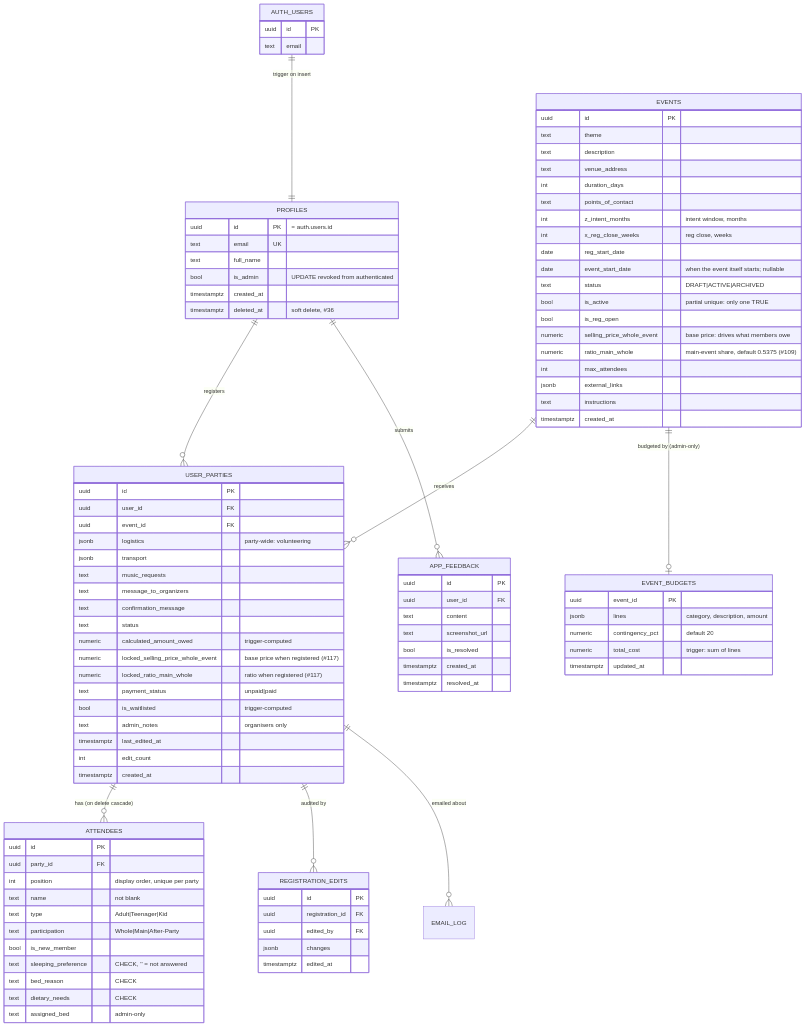
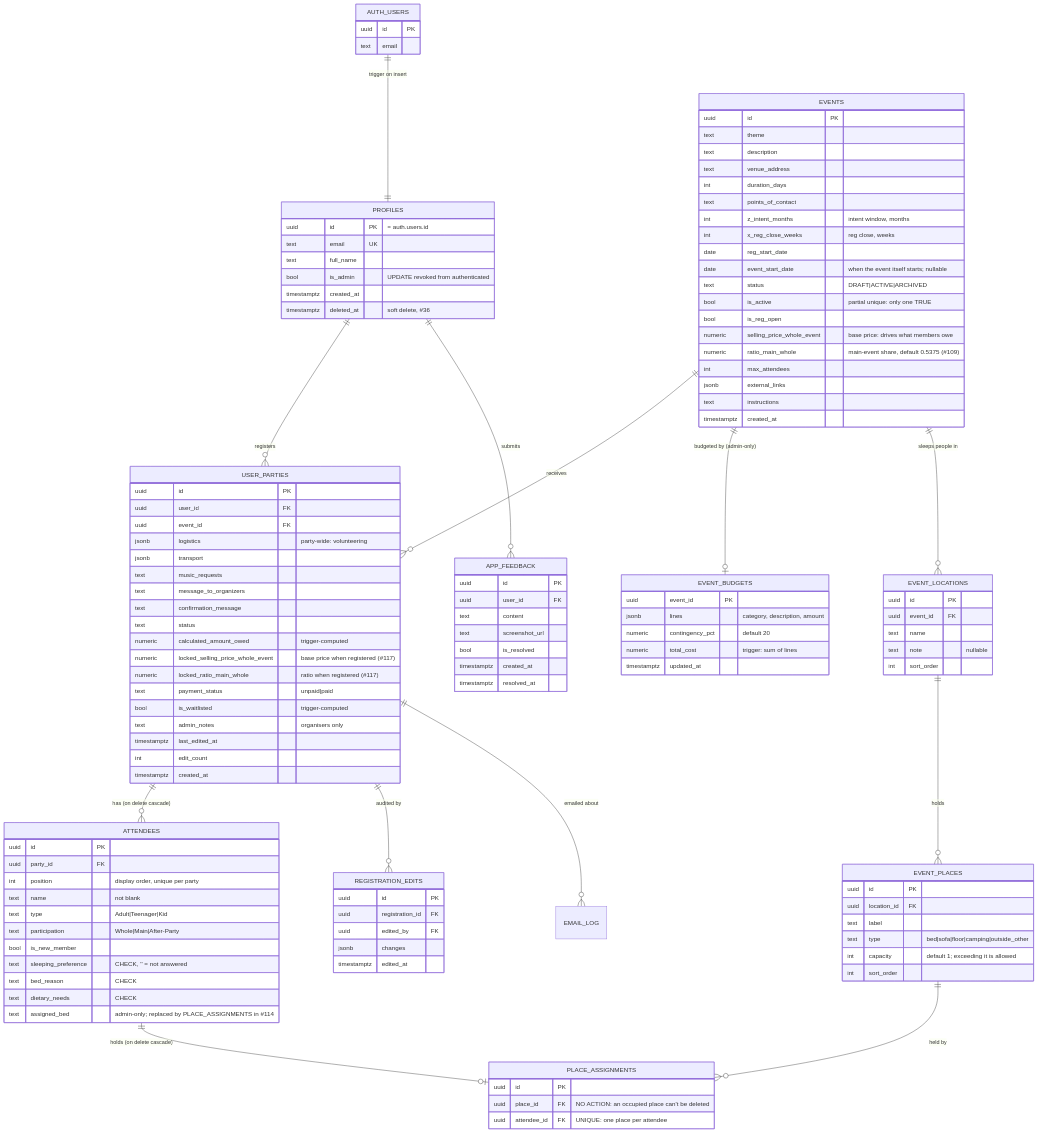
The first of 2 diagrams in docs/03-data-model.md (YULmix/yulmix-la-bedaine), drawn with Mermaid before and after one commit. The commit also changed other lines of this file and 11 other files, not shown here.

First line of the commit message:
feat(admin): per-event sleeping locations and places on the attendees table (#113) (#129)

```diff
--- a/docs/03-data-model.md
+++ b/docs/03-data-model.md
@@ -17,6 +17,10 @@
   PROFILES ||--o{ APP_FEEDBACK : "submits"
   USER_PARTIES ||--o{ REGISTRATION_EDITS : "audited by"
   USER_PARTIES ||--o{ EMAIL_LOG : "emailed about"
+  EVENTS ||--o{ EVENT_LOCATIONS : "sleeps people in"
+  EVENT_LOCATIONS ||--o{ EVENT_PLACES : "holds"
+  EVENT_PLACES ||--o{ PLACE_ASSIGNMENTS : "held by"
+  ATTENDEES ||--o| PLACE_ASSIGNMENTS : "holds (on delete cascade)"
 
   AUTH_USERS {
     uuid id PK
@@ -89,7 +93,27 @@
     text sleeping_preference "CHECK, '' = not answered"
     text bed_reason "CHECK"
     text dietary_needs "CHECK"
-    text assigned_bed "admin-only"
+    text assigned_bed "admin-only; replaced by PLACE_ASSIGNMENTS in #114"
+  }
+  EVENT_LOCATIONS {
+    uuid id PK
+    uuid event_id FK
+    text name
+    text note "nullable"
+    int sort_order
+  }
+  EVENT_PLACES {
+    uuid id PK
+    uuid location_id FK
+    text label
+    text type "bed|sofa|floor|camping|outside_other"
+    int capacity "default 1; exceeding it is allowed"
+    int sort_order
+  }
+  PLACE_ASSIGNMENTS {
+    uuid id PK
+    uuid place_id FK "NO ACTION: an occupied place can't be deleted"
+    uuid attendee_id FK "UNIQUE: one place per attendee"
   }
   APP_FEEDBACK {
     uuid id PK
```
